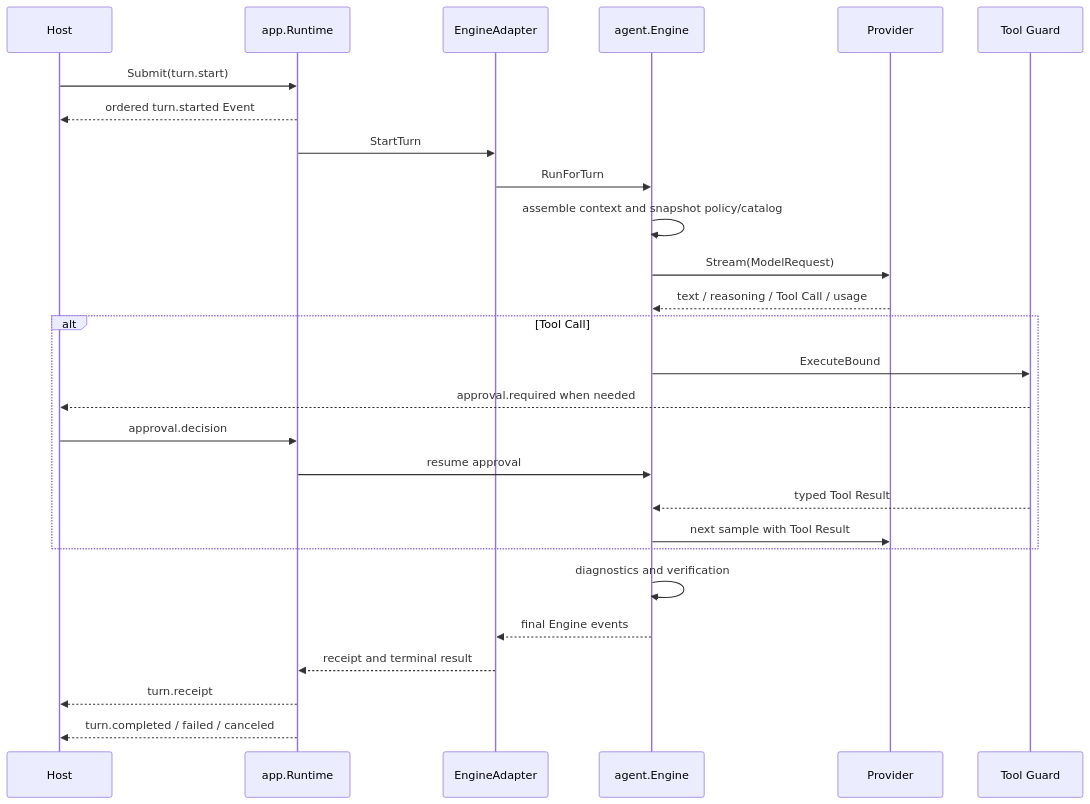
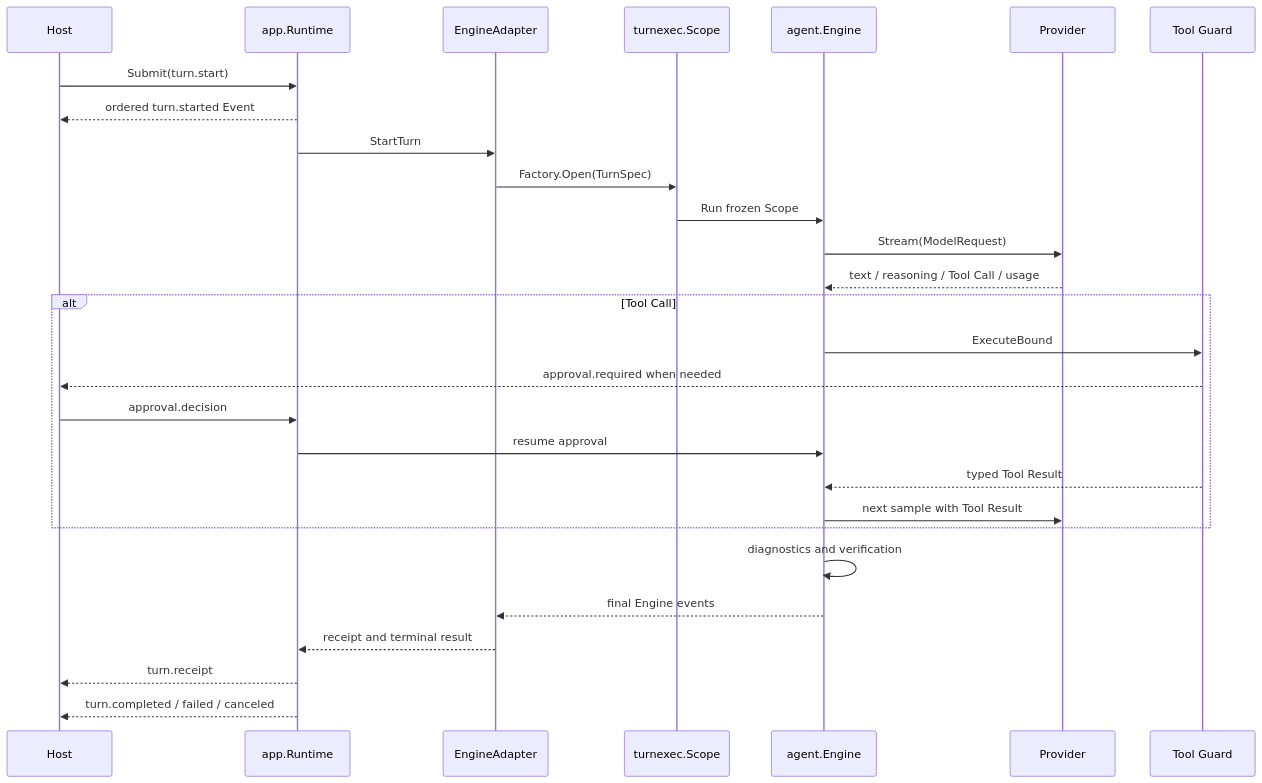
The diagram in docs/book/en/02-codehelper-overview/05-turn-lifecycle.md (fwtllh-png/CodeHelper), drawn with Mermaid before and after one commit. The commit also changed other lines of this file and 9 other files, not shown here.

Commit message:
docs(book): document stage D turn scope

````diff
--- a/docs/book/en/02-codehelper-overview/05-turn-lifecycle.md
+++ b/docs/book/en/02-codehelper-overview/05-turn-lifecycle.md
@@ -75,30 +76,31 @@
 ```mermaid
 sequenceDiagram
     participant H as Host
     participant R as app.Runtime
     participant A as EngineAdapter
+    participant S as turnexec.Scope
     participant E as agent.Engine
     participant M as Provider
     participant G as Tool Guard
 
     H->>R: Submit(turn.start)
     R-->>H: ordered turn.started Event
     R->>A: StartTurn
-    A->>E: RunForTurn
-    E->>E: assemble context and snapshot policy/catalog
+    A->>S: Factory.Open(TurnSpec)
+    S->>E: Run frozen Scope
     E->>M: Stream(ModelRequest)
     M-->>E: text / reasoning / Tool Call / usage
     alt Tool Call
         E->>G: ExecuteBound
         G-->>H: approval.required when needed
         H->>R: approval.decision
         R->>E: resume approval
         G-->>E: typed Tool Result
         E->>M: next sample with Tool Result
     end
     E->>E: diagnostics and verification
     E-->>A: final Engine events
     A-->>R: receipt and terminal result
     R-->>H: turn.receipt
     R-->>H: turn.completed / failed / canceled
 ```
````
